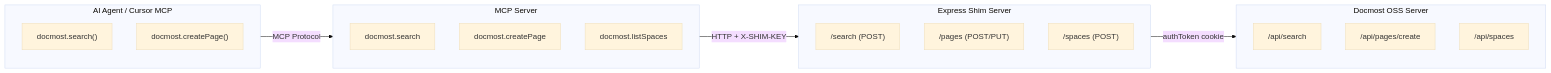
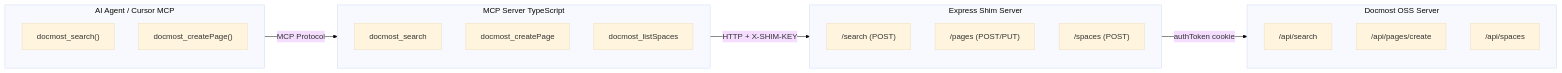
Before and after one commit to dJPoida/docmost-oss-mcp-shim: the diagram in README.md, drawn with Mermaid (base theme). The commit also changed other lines of this file and 3 other files, not shown here.

Commit message:
docs: update README with TypeScript changes and correct tool names

````diff
--- a/README.md
+++ b/README.md
@@ -257,29 +263,29 @@
 ```mermaid
 flowchart LR
   subgraph A[AI Agent / Cursor MCP]
-    X1["docmost.search()"]
-    X2["docmost.createPage()"]
+    X1["docmost_search()"]
+    X2["docmost_createPage()"]
   end
 
-  subgraph B[MCP Server]
-    M1["docmost.search"]
-    M2["docmost.createPage"]
-    M3["docmost.listSpaces"]
+  subgraph B[MCP Server TypeScript]
+    M1["docmost_search"]
+    M2["docmost_createPage"]
+    M3["docmost_listSpaces"]
   end
 
   subgraph C[Express Shim Server]
     S1["/search (POST)"]
     S2["/pages (POST/PUT)"]
     S3["/spaces (POST)"]
   end
 
   subgraph D[Docmost OSS Server]
     D1["/api/search"]
     D2["/api/pages/create"]
     D3["/api/spaces"]
   end
 
   A -->|MCP Protocol| B
   B -->|HTTP + X-SHIM-KEY| C
   C -->|authToken cookie| D
 ```
````
